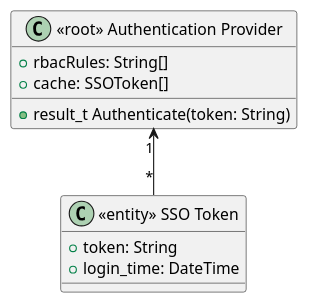
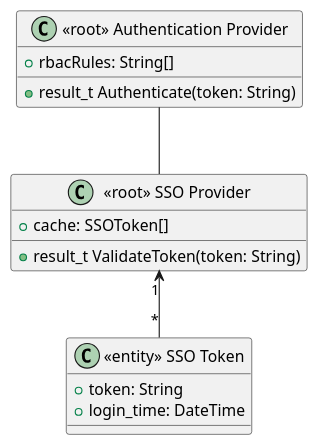
Before and after one commit to fanglores/Advanced-Software-Design: the diagram in PracticeTasks/Module2/Task_9/task9_auth.puml, drawn with PlantUML. The commit also changed 6 other files, not shown here.

```diff
--- a/PracticeTasks/Module2/Task_9/task9_auth.puml
+++ b/PracticeTasks/Module2/Task_9/task9_auth.puml
@@ -1,16 +1,21 @@
 @startuml
 
 class "<<root>> Authentication Provider" as auth {
-  +rbacRules: String[] 
-  +cache: SSOToken[]
+  +rbacRules: String[]
   +result_t Authenticate(token: String)
 }
 
-class "<<entity>> SSO Token" as sso {
+class "<<root>> SSO Provider" as sso {
+  +cache: SSOToken[]
+  +result_t ValidateToken(token: String)
+}
+
+class "<<entity>> SSO Token" as token {
   +token: String
   +login_time: DateTime
 }
 
-auth "1" <-- "*" sso
+auth -- sso
+sso "1" <-- "*" token
 
 @enduml
```
